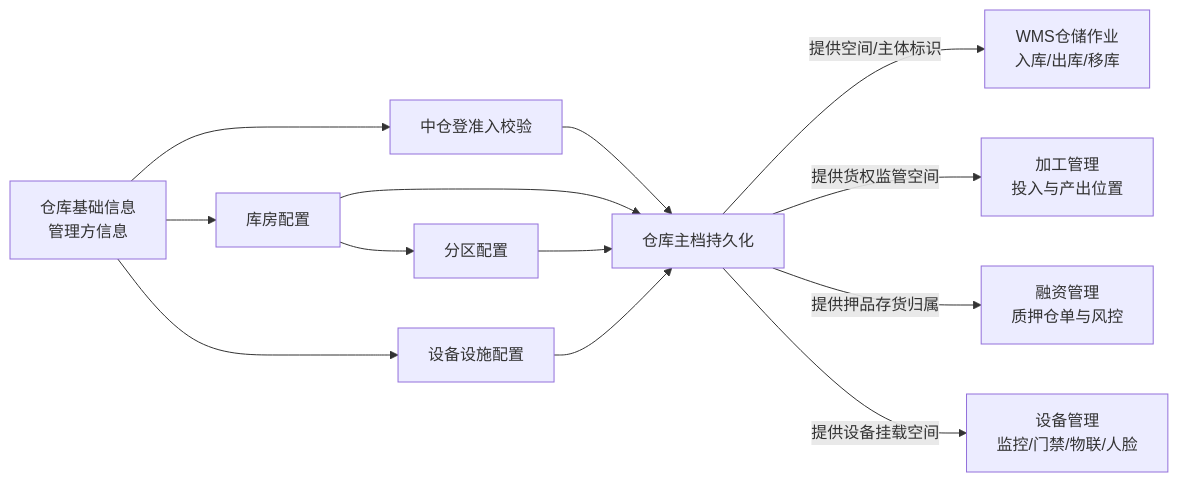
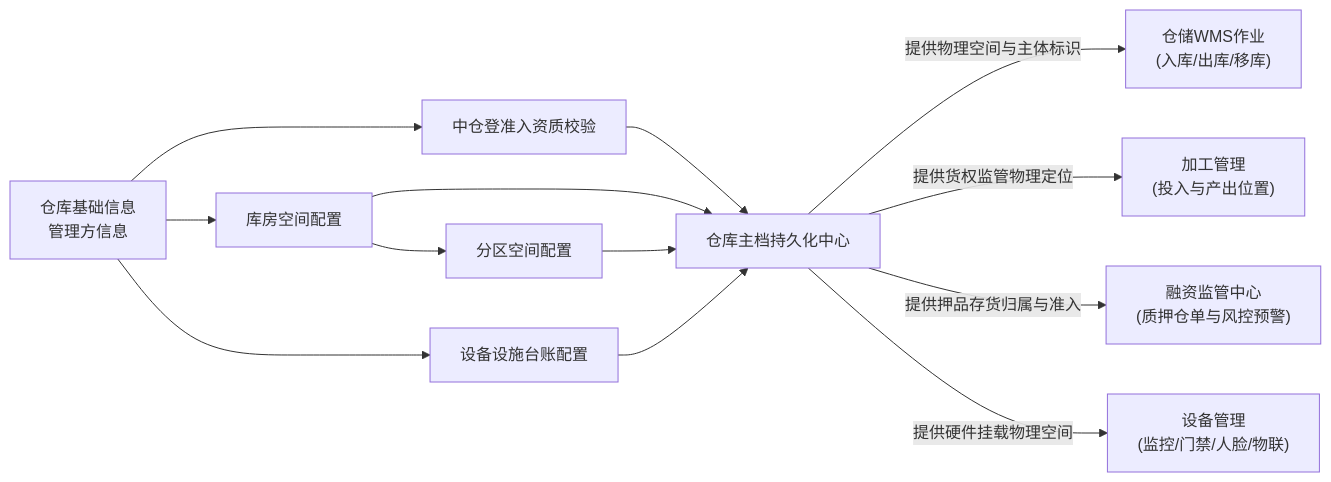
One commit to RobertHuang999/SYZC changed the diagram in 02-PRD文档/🌟🌟🌟-最新基准版/B端PC/08-配置管理/10-仓库管理-仓库管理/仓库管理主PRD.md. Above: the diagram before and after it, drawn with Mermaid. The commit also changed other lines of this file and 264 other files, not shown here.

````diff
--- a/02-PRD文档/🌟🌟🌟-最新基准版/B端PC/08-配置管理/10-仓库管理-仓库管理/仓库管理主PRD.md
+++ b/02-PRD文档/🌟🌟🌟-最新基准版/B端PC/08-配置管理/10-仓库管理-仓库管理/仓库管理主PRD.md
@@ -62,17 +33,17 @@
 ```mermaid
 flowchart LR
-    A[仓库基础信息<br/>管理方信息] --> B[中仓登准入校验]
-    A --> C[库房配置]
-    C --> D[分区配置]
-    A --> E[设备设施配置]
+    A["仓库基础信息<br/>管理方信息"] --> B["中仓登准入资质校验"]
+    A --> C["库房空间配置"]
+    C --> D["分区空间配置"]
+    A --> E["设备设施台账配置"]
     
-    B --> F[仓库主档持久化]
+    B --> F["仓库主档持久化中心"]
     C --> F
     D --> F
     E --> F
     
-    F -->|提供空间/主体标识| G[WMS仓储作业<br/>入库/出库/移库]
-    F -->|提供货权监管空间| H[加工管理<br/>投入与产出位置]
-    F -->|提供押品存货归属| I[融资管理<br/>质押仓单与风控]
-    F -->|提供设备挂载空间| J[设备管理<br/>监控/门禁/物联/人脸]
+    F -->|提供物理空间与主体标识| G["仓储WMS作业<br/>(入库/出库/移库)"]
+    F -->|提供货权监管物理定位| H["加工管理<br/>(投入与产出位置)"]
+    F -->|提供押品存货归属与准入| I["融资监管中心<br/>(质押仓单与风控预警)"]
+    F -->|提供硬件挂载物理空间| J["设备管理<br/>(监控/门禁/人脸/物联)"]
 ```
````
